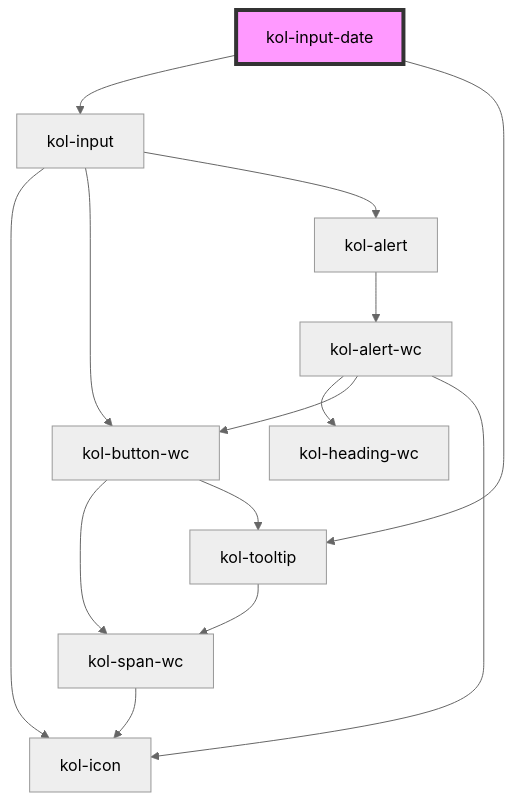
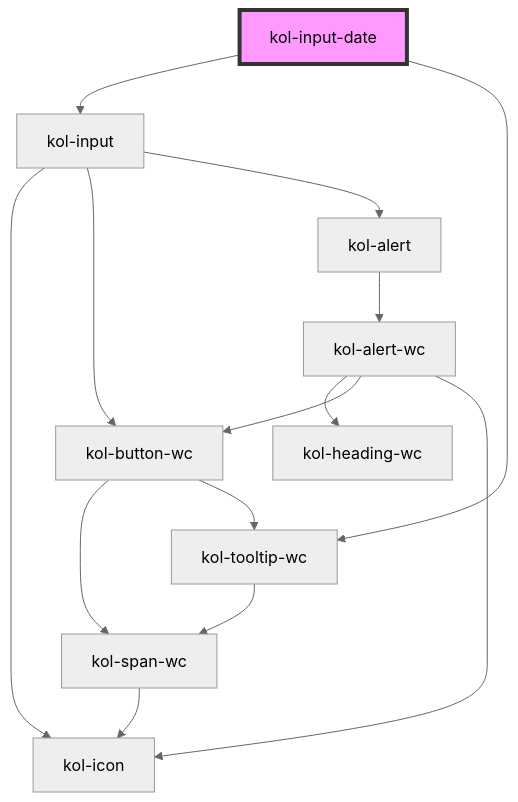
The diagram in packages/components/src/components/input-date/readme.md (public-ui/kolibri), drawn with Mermaid (neutral theme) before and after one commit. The commit also changed other lines of this file and 99 other files, not shown here.

````diff
--- a/packages/components/src/components/input-date/readme.md
+++ b/packages/components/src/components/input-date/readme.md
@@ -101,17 +101,17 @@
 ```mermaid
 graph TD;
   kol-input-date --> kol-input
-  kol-input-date --> kol-tooltip
+  kol-input-date --> kol-tooltip-wc
   kol-input --> kol-icon
   kol-input --> kol-button-wc
   kol-input --> kol-alert
   kol-button-wc --> kol-span-wc
-  kol-button-wc --> kol-tooltip
+  kol-button-wc --> kol-tooltip-wc
   kol-span-wc --> kol-icon
-  kol-tooltip --> kol-span-wc
+  kol-tooltip-wc --> kol-span-wc
   kol-alert --> kol-alert-wc
   kol-alert-wc --> kol-heading-wc
   kol-alert-wc --> kol-button-wc
   kol-alert-wc --> kol-icon
   style kol-input-date fill:#f9f,stroke:#333,stroke-width:4px
 ```
````
